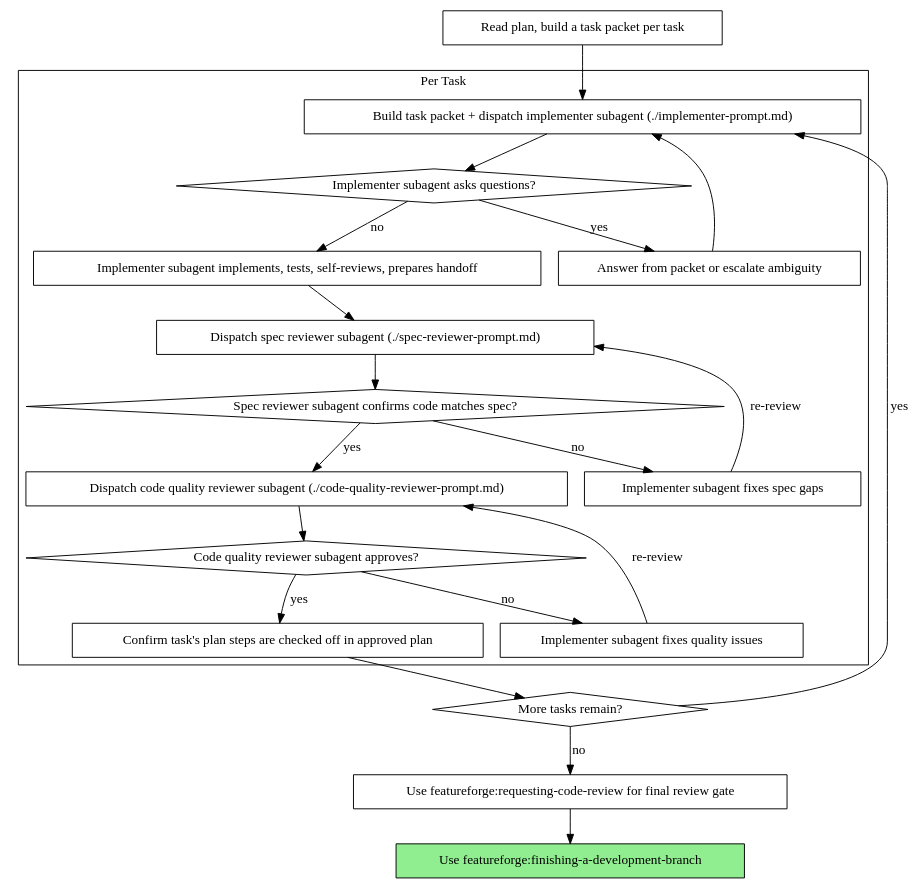
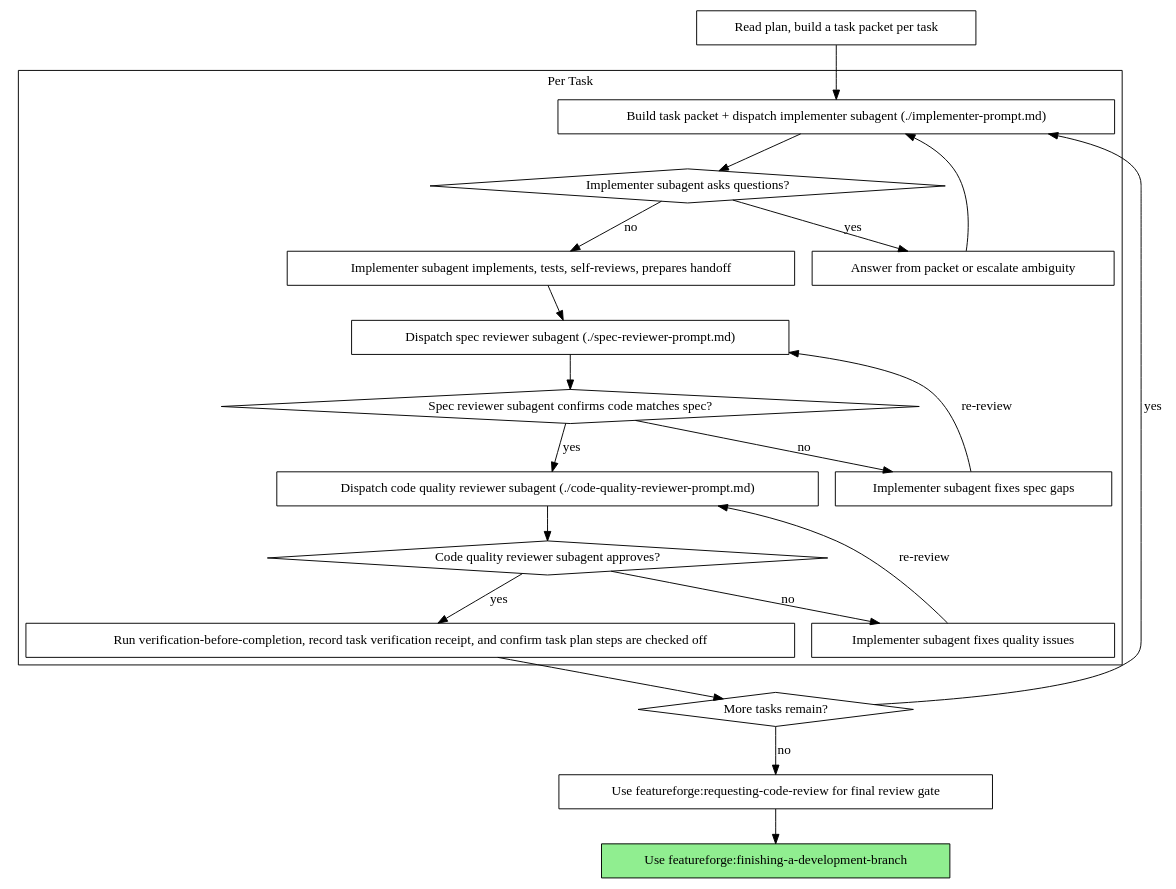
One commit to obra/superpowers changed the second of 2 diagrams in skills/subagent-driven-development/SKILL.md. Above: the diagram before and after it, drawn with Graphviz. The commit also changed other lines of this file and 28 other files, not shown here.

````diff
--- a/skills/subagent-driven-development/SKILL.md
+++ b/skills/subagent-driven-development/SKILL.md
@@ -151,44 +161,44 @@
 ```dot
 digraph process {
     rankdir=TB;
 
     subgraph cluster_per_task {
         label="Per Task";
         "Build task packet + dispatch implementer subagent (./implementer-prompt.md)" [shape=box];
         "Implementer subagent asks questions?" [shape=diamond];
         "Answer from packet or escalate ambiguity" [shape=box];
         "Implementer subagent implements, tests, self-reviews, prepares handoff" [shape=box];
         "Dispatch spec reviewer subagent (./spec-reviewer-prompt.md)" [shape=box];
         "Spec reviewer subagent confirms code matches spec?" [shape=diamond];
         "Implementer subagent fixes spec gaps" [shape=box];
         "Dispatch code quality reviewer subagent (./code-quality-reviewer-prompt.md)" [shape=box];
         "Code quality reviewer subagent approves?" [shape=diamond];
         "Implementer subagent fixes quality issues" [shape=box];
-        "Confirm task's plan steps are checked off in approved plan" [shape=box];
+        "Run verification-before-completion, record task verification receipt, and confirm task plan steps are checked off" [shape=box];
     }
 
     "Read plan, build a task packet per task" [shape=box];
     "More tasks remain?" [shape=diamond];
     "Use featureforge:requesting-code-review for final review gate" [shape=box];
     "Use featureforge:finishing-a-development-branch" [shape=box style=filled fillcolor=lightgreen];
 
     "Read plan, build a task packet per task" -> "Build task packet + dispatch implementer subagent (./implementer-prompt.md)";
     "Build task packet + dispatch implementer subagent (./implementer-prompt.md)" -> "Implementer subagent asks questions?";
     "Implementer subagent asks questions?" -> "Answer from packet or escalate ambiguity" [label="yes"];
     "Answer from packet or escalate ambiguity" -> "Build task packet + dispatch implementer subagent (./implementer-prompt.md)";
     "Implementer subagent asks questions?" -> "Implementer subagent implements, tests, self-reviews, prepares handoff" [label="no"];
     "Implementer subagent implements, tests, self-reviews, prepares handoff" -> "Dispatch spec reviewer subagent (./spec-reviewer-prompt.md)";
     "Dispatch spec reviewer subagent (./spec-reviewer-prompt.md)" -> "Spec reviewer subagent confirms code matches spec?";
     "Spec reviewer subagent confirms code matches spec?" -> "Implementer subagent fixes spec gaps" [label="no"];
     "Implementer subagent fixes spec gaps" -> "Dispatch spec reviewer subagent (./spec-reviewer-prompt.md)" [label="re-review"];
     "Spec reviewer subagent confirms code matches spec?" -> "Dispatch code quality reviewer subagent (./code-quality-reviewer-prompt.md)" [label="yes"];
     "Dispatch code quality reviewer subagent (./code-quality-reviewer-prompt.md)" -> "Code quality reviewer subagent approves?";
     "Code quality reviewer subagent approves?" -> "Implementer subagent fixes quality issues" [label="no"];
     "Implementer subagent fixes quality issues" -> "Dispatch code quality reviewer subagent (./code-quality-reviewer-prompt.md)" [label="re-review"];
-    "Code quality reviewer subagent approves?" -> "Confirm task's plan steps are checked off in approved plan" [label="yes"];
-    "Confirm task's plan steps are checked off in approved plan" -> "More tasks remain?";
+    "Code quality reviewer subagent approves?" -> "Run verification-before-completion, record task verification receipt, and confirm task plan steps are checked off" [label="yes"];
+    "Run verification-before-completion, record task verification receipt, and confirm task plan steps are checked off" -> "More tasks remain?";
     "More tasks remain?" -> "Build task packet + dispatch implementer subagent (./implementer-prompt.md)" [label="yes"];
     "More tasks remain?" -> "Use featureforge:requesting-code-review for final review gate" [label="no"];
     "Use featureforge:requesting-code-review for final review gate" -> "Use featureforge:finishing-a-development-branch";
 }
 ```
````
